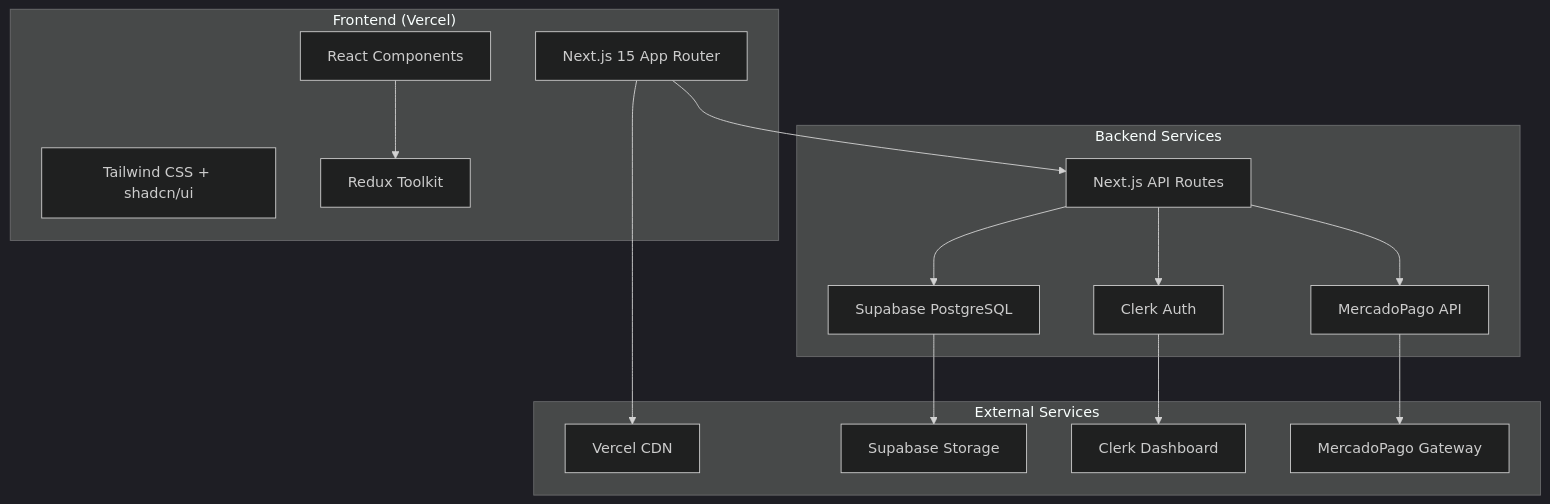
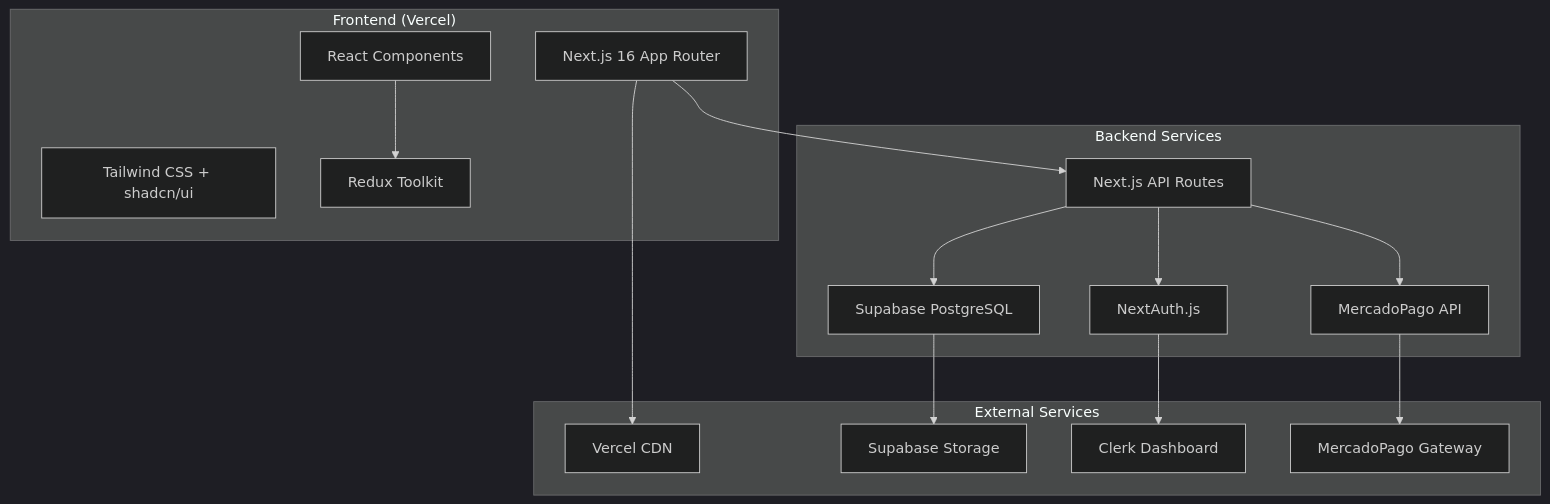
One commit to SantiagoXOR/pinteya-ecommerce changed the diagram in docs/architecture/overview.md. Above: the diagram before and after it, drawn with Mermaid (dark theme). The commit also changed other lines of this file and 45 other files, not shown here.

````diff
--- a/docs/architecture/overview.md
+++ b/docs/architecture/overview.md
@@ -35,33 +35,33 @@
 ```mermaid
 graph TB
     subgraph "Frontend (Vercel)"
-        A[Next.js 15 App Router]
+        A[Next.js 16 App Router]
         B[React Components]
         C[Tailwind CSS + shadcn/ui]
         D[Redux Toolkit]
     end
 
     subgraph "Backend Services"
         E[Next.js API Routes]
         F[Supabase PostgreSQL]
-        G[Clerk Auth]
+        G[NextAuth.js]
         H[MercadoPago API]
     end
 
     subgraph "External Services"
         I[Vercel CDN]
         J[Supabase Storage]
         K[Clerk Dashboard]
         L[MercadoPago Gateway]
     end
 
     A --> E
     B --> D
     E --> F
     E --> G
     E --> H
     A --> I
     F --> J
     G --> K
     H --> L
 ```
````
